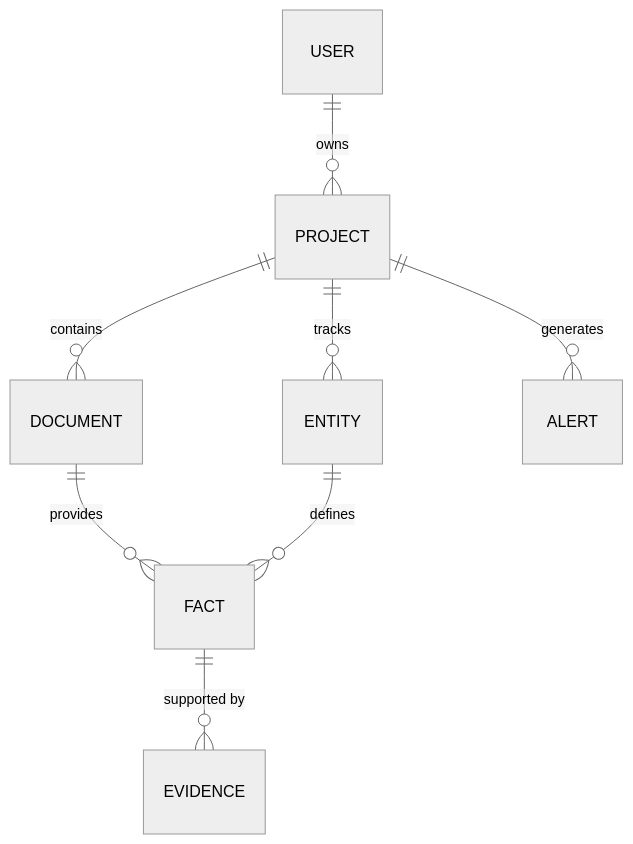
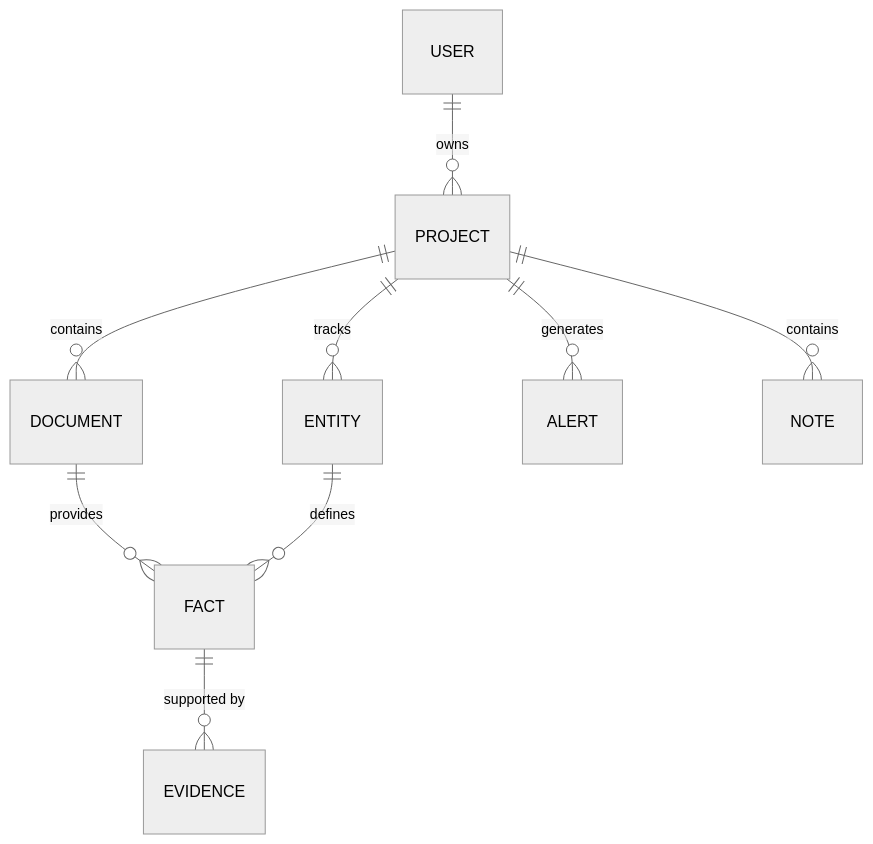
One commit to aileks/realm-sync changed the diagram in docs/PRD.md. Above: the diagram before and after it, drawn with Mermaid (neutral theme). The commit also changed other lines of this file and 20 other files, not shown here.

````diff
--- a/docs/PRD.md
+++ b/docs/PRD.md
@@ -112,10 +113,11 @@
 ```mermaid
 erDiagram
     USER ||--o{ PROJECT : owns
     PROJECT ||--o{ DOCUMENT : contains
     PROJECT ||--o{ ENTITY : tracks
     PROJECT ||--o{ ALERT : generates
+    PROJECT ||--o{ NOTE : contains
     DOCUMENT ||--o{ FACT : provides
     ENTITY ||--o{ FACT : defines
     FACT ||--o{ EVIDENCE : "supported by"
 ```
````
